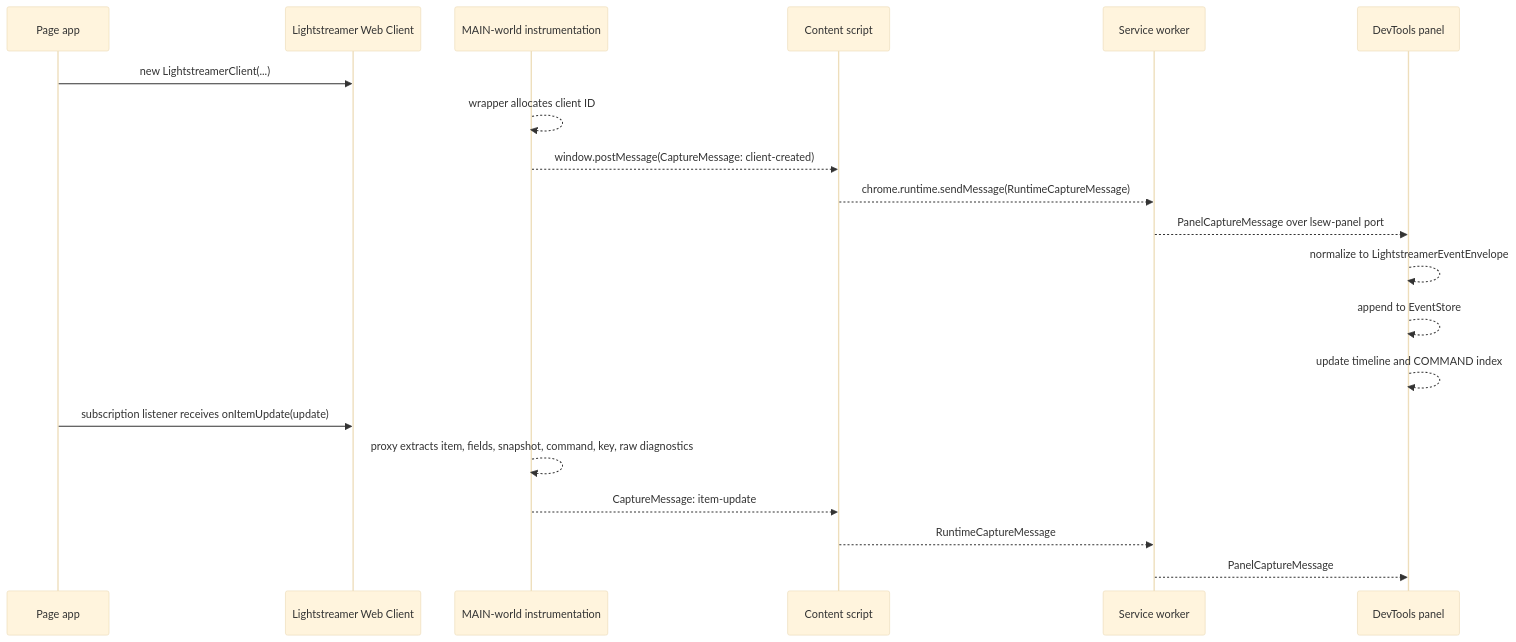
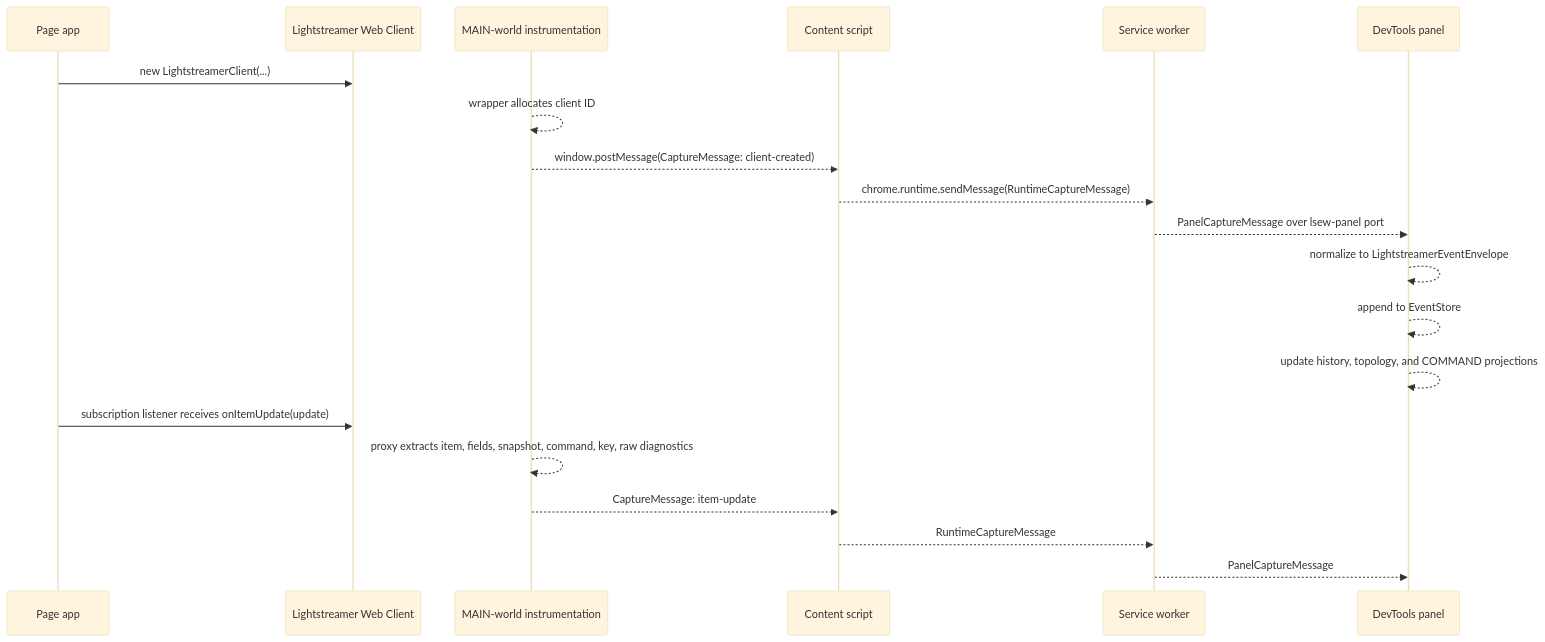
Before and after one commit to imom39a/lightstreamer-workbench-extension: the third of 8 diagrams in docs/ARCHITECTURE.md, drawn with Mermaid (base theme). The commit also changed other lines of this file and 133 other files, not shown here.

````diff
--- a/docs/ARCHITECTURE.md
+++ b/docs/ARCHITECTURE.md
@@ -272,24 +268,24 @@
 ```mermaid
 sequenceDiagram
   participant App as Page app
   participant LS as Lightstreamer Web Client
   participant Inj as MAIN-world instrumentation
   participant CS as Content script
   participant BG as Service worker
   participant UI as DevTools panel
 
   App->>LS: new LightstreamerClient(...)
   Inj-->>Inj: wrapper allocates client ID
   Inj-->>CS: window.postMessage(CaptureMessage: client-created)
   CS-->>BG: chrome.runtime.sendMessage(RuntimeCaptureMessage)
   BG-->>UI: PanelCaptureMessage over lsew-panel port
   UI-->>UI: normalize to LightstreamerEventEnvelope
   UI-->>UI: append to EventStore
-  UI-->>UI: update timeline and COMMAND index
+  UI-->>UI: update history, topology, and COMMAND projections
 
   App->>LS: subscription listener receives onItemUpdate(update)
   Inj-->>Inj: proxy extracts item, fields, snapshot, command, key, raw diagnostics
   Inj-->>CS: CaptureMessage: item-update
   CS-->>BG: RuntimeCaptureMessage
   BG-->>UI: PanelCaptureMessage
 ```
````
